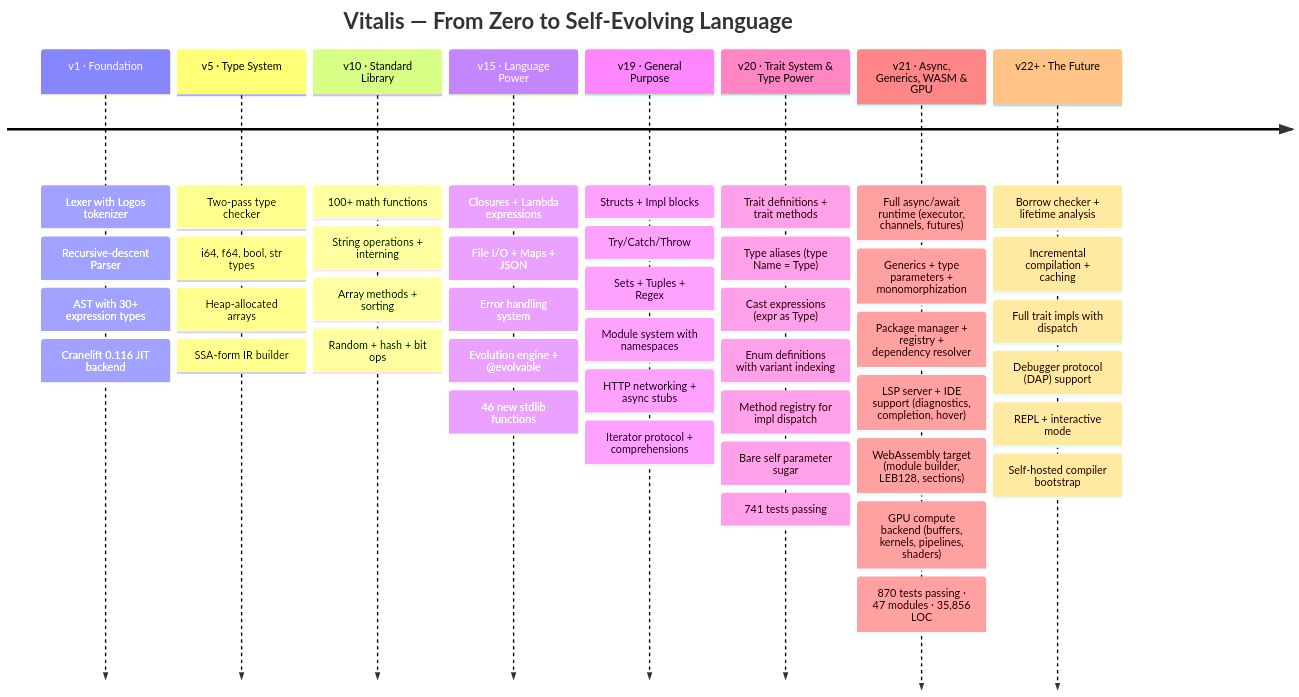
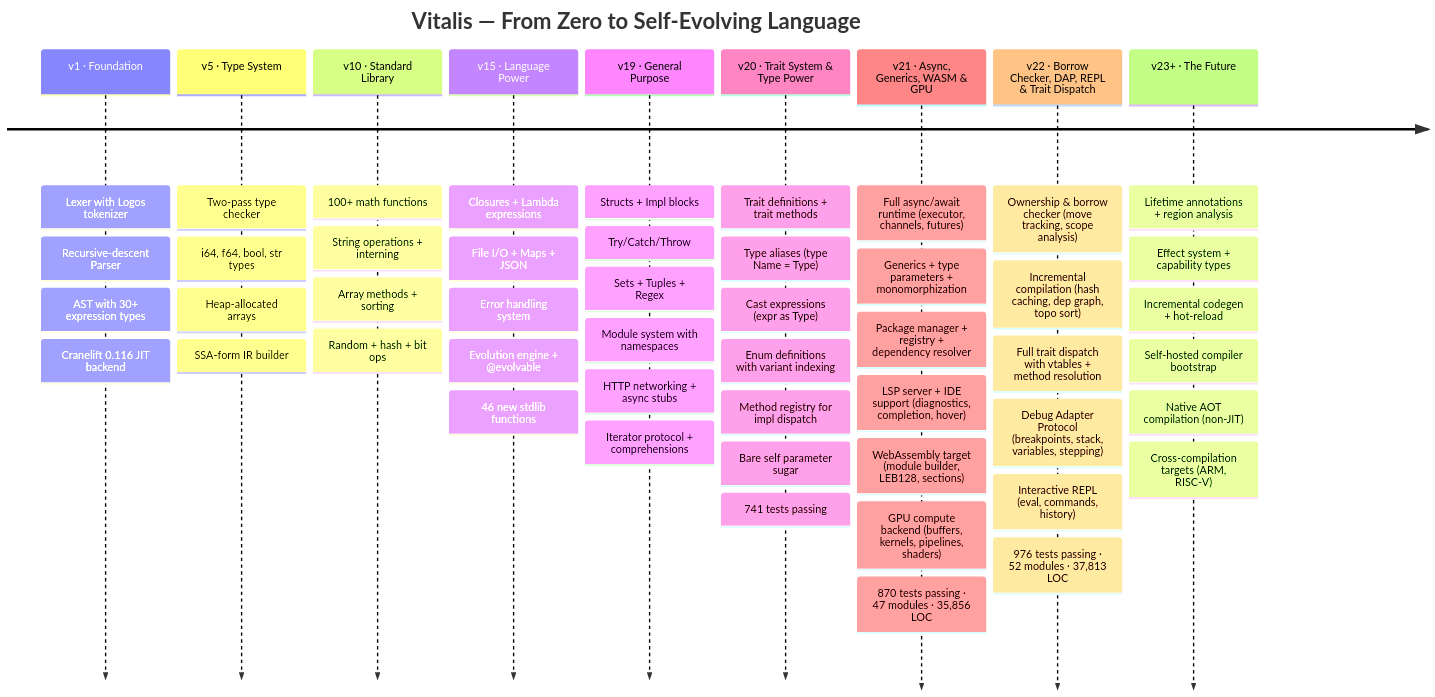
The seventh of 7 diagrams in README.md (ModernOps888/vitalis), drawn with Mermaid before and after one commit. The commit also changed other lines of this file and 9 other files, not shown here.

First line of the commit message:
v22.0.0: borrow checker, incremental compilation, trait dispatch, DAP debugger, REPL

````diff
--- a/README.md
+++ b/README.md
@@ -928,63 +939,71 @@
 ```mermaid
 timeline
     title Vitalis — From Zero to Self-Evolving Language
 
     v1 · Foundation
         : Lexer with Logos tokenizer
         : Recursive-descent Parser
         : AST with 30+ expression types
         : Cranelift 0.116 JIT backend
 
     v5 · Type System
         : Two-pass type checker
         : i64, f64, bool, str types
         : Heap-allocated arrays
         : SSA-form IR builder
 
     v10 · Standard Library
         : 100+ math functions
         : String operations + interning
         : Array methods + sorting
         : Random + hash + bit ops
 
     v15 · Language Power
         : Closures + Lambda expressions
         : File I/O + Maps + JSON
         : Error handling system
         : Evolution engine + @evolvable
         : 46 new stdlib functions
 
     v19 · General Purpose
         : Structs + Impl blocks
         : Try/Catch/Throw
         : Sets + Tuples + Regex
         : Module system with namespaces
         : HTTP networking + async stubs
         : Iterator protocol + comprehensions
 
     v20 · Trait System & Type Power
         : Trait definitions + trait methods
         : Type aliases (type Name = Type)
         : Cast expressions (expr as Type)
         : Enum definitions with variant indexing
         : Method registry for impl dispatch
         : Bare self parameter sugar
         : 741 tests passing
 
     v21 · Async, Generics, WASM & GPU
         : Full async/await runtime (executor, channels, futures)
         : Generics + type parameters + monomorphization
         : Package manager + registry + dependency resolver
         : LSP server + IDE support (diagnostics, completion, hover)
         : WebAssembly target (module builder, LEB128, sections)
         : GPU compute backend (buffers, kernels, pipelines, shaders)
         : 870 tests passing · 47 modules · 35,856 LOC
 
-    v22+ · The Future
-        : Borrow checker + lifetime analysis
-        : Incremental compilation + caching
-        : Full trait impls with dispatch
-        : Debugger protocol (DAP) support
-        : REPL + interactive mode
+    v22 · Borrow Checker, DAP, REPL & Trait Dispatch
+        : Ownership & borrow checker (move tracking, scope analysis)
+        : Incremental compilation (hash caching, dep graph, topo sort)
+        : Full trait dispatch with vtables + method resolution
+        : Debug Adapter Protocol (breakpoints, stack, variables, stepping)
+        : Interactive REPL (eval, commands, history)
+        : 976 tests passing · 52 modules · 37,813 LOC
+
+    v23+ · The Future
+        : Lifetime annotations + region analysis
+        : Effect system + capability types
+        : Incremental codegen + hot-reload
         : Self-hosted compiler bootstrap
+        : Native AOT compilation (non-JIT)
+        : Cross-compilation targets (ARM, RISC-V)
 ```
````
